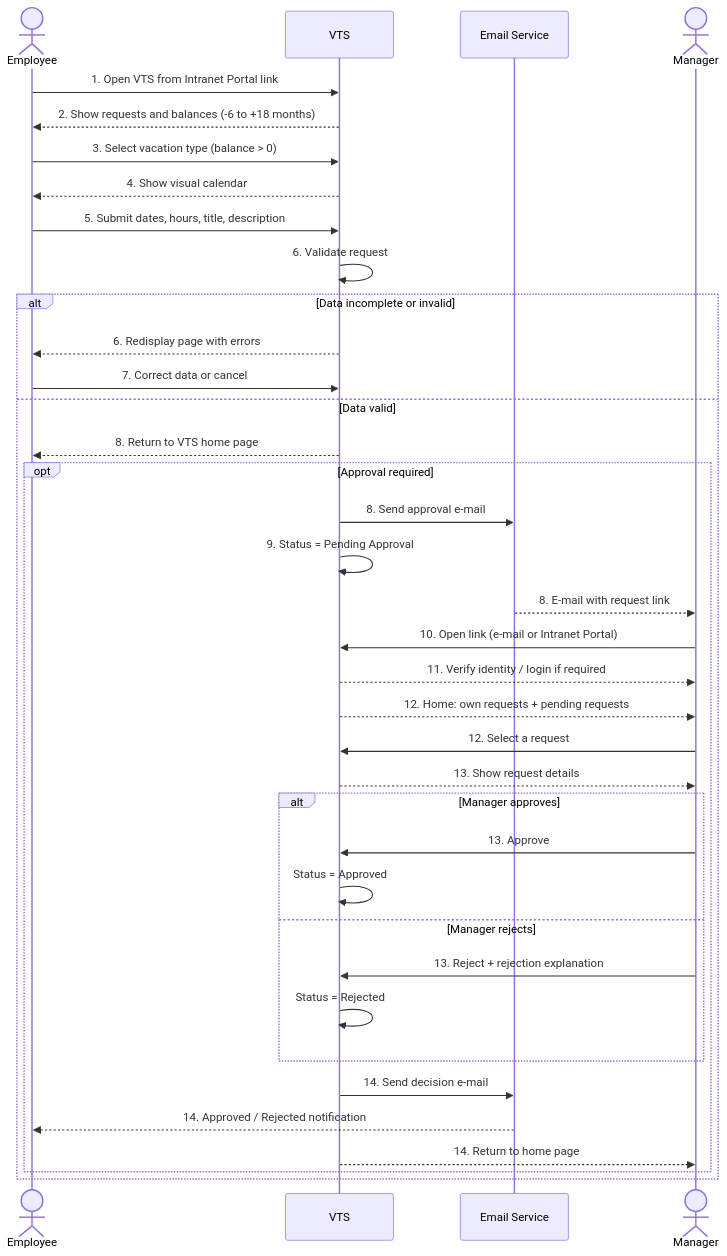
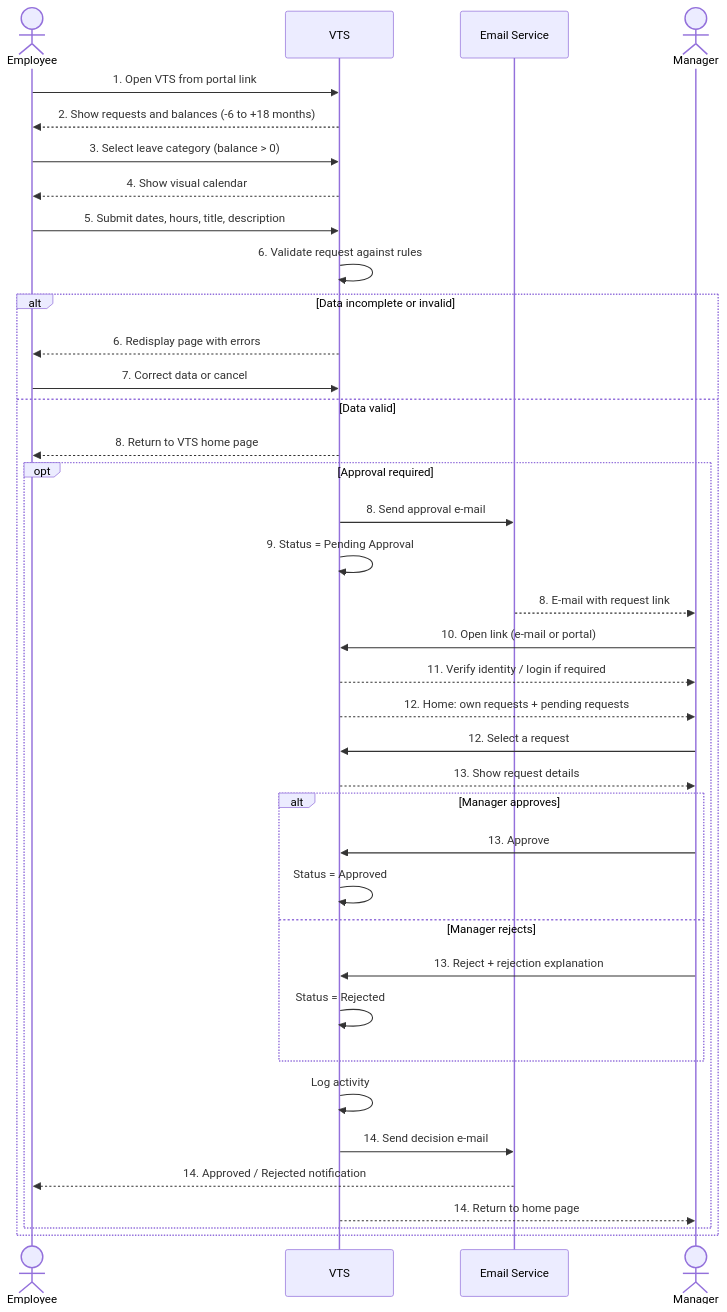
Before and after one commit to AhhmedNasser74/Vacation-Tracking-System: the third of 3 diagrams in README.md, drawn with Mermaid. The commit also changed other lines of this file, not shown here.

````diff
--- a/README.md
+++ b/README.md
@@ -354,41 +288,42 @@
 ```mermaid
 sequenceDiagram
     actor E as Employee
     participant V as VTS
     participant M as Email Service
     actor G as Manager
 
-    E->>V: 1. Open VTS from Intranet Portal link
+    E->>V: 1. Open VTS from portal link
     V-->>E: 2. Show requests and balances (-6 to +18 months)
-    E->>V: 3. Select vacation type (balance > 0)
+    E->>V: 3. Select leave category (balance > 0)
     V-->>E: 4. Show visual calendar
     E->>V: 5. Submit dates, hours, title, description
-    V->>V: 6. Validate request
+    V->>V: 6. Validate request against rules
 
     alt Data incomplete or invalid
         V-->>E: 6. Redisplay page with errors
         E->>V: 7. Correct data or cancel
     else Data valid
         V-->>E: 8. Return to VTS home page
         opt Approval required
             V->>M: 8. Send approval e-mail
             V->>V: 9. Status = Pending Approval
             M-->>G: 8. E-mail with request link
-            G->>V: 10. Open link (e-mail or Intranet Portal)
+            G->>V: 10. Open link (e-mail or portal)
             V-->>G: 11. Verify identity / login if required
             V-->>G: 12. Home: own requests + pending requests
             G->>V: 12. Select a request
             V-->>G: 13. Show request details
             alt Manager approves
                 G->>V: 13. Approve
                 V->>V: Status = Approved
             else Manager rejects
                 G->>V: 13. Reject + rejection explanation
                 V->>V: Status = Rejected
             end
+            V->>V: Log activity
             V->>M: 14. Send decision e-mail
             M-->>E: 14. Approved / Rejected notification
             V-->>G: 14. Return to home page
         end
     end
 ```
````
